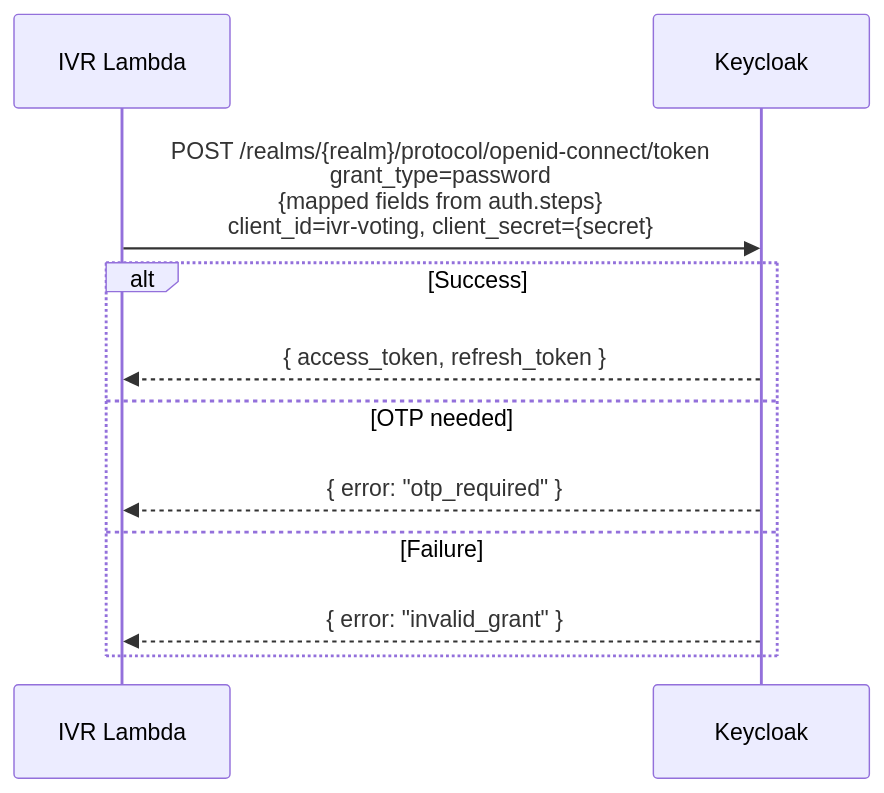
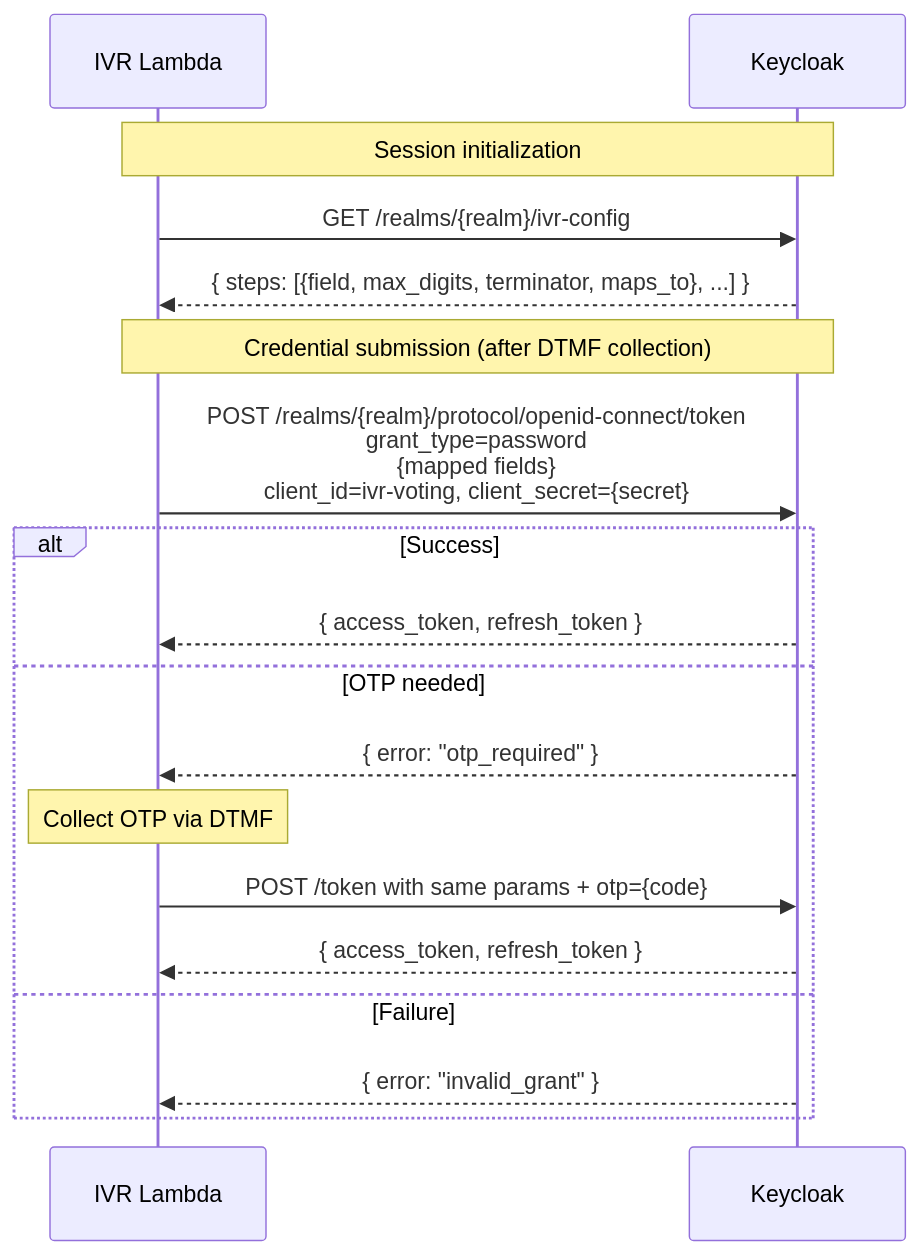
The seventh of 13 diagrams in docs/docusaurus/docs/07-developers/12-ivr/ivr-system-design.md (sequentech/step), drawn with Mermaid before and after one commit. The commit also changed other lines of this file, not shown here.

````diff
--- a/docs/docusaurus/docs/07-developers/12-ivr/ivr-system-design.md
+++ b/docs/docusaurus/docs/07-developers/12-ivr/ivr-system-design.md
@@ -889,14 +1010,22 @@
 ```mermaid
 sequenceDiagram
     participant Lambda as IVR Lambda
     participant KC as Keycloak
 
-    Lambda->>KC: POST /realms/{realm}/protocol/openid-connect/token<br/>grant_type=password<br/>{mapped fields from auth.steps}<br/>client_id=ivr-voting, client_secret={secret}
+    Note over Lambda,KC: Session initialization
+    Lambda->>KC: GET /realms/{realm}/ivr-config
+    KC-->>Lambda: { steps: [{field, max_digits, terminator, maps_to}, ...] }
+
+    Note over Lambda,KC: Credential submission (after DTMF collection)
+    Lambda->>KC: POST /realms/{realm}/protocol/openid-connect/token<br/>grant_type=password<br/>{mapped fields}<br/>client_id=ivr-voting, client_secret={secret}
     alt Success
         KC-->>Lambda: { access_token, refresh_token }
     else OTP needed
         KC-->>Lambda: { error: "otp_required" }
+        Note over Lambda: Collect OTP via DTMF
+        Lambda->>KC: POST /token with same params + otp={code}
+        KC-->>Lambda: { access_token, refresh_token }
     else Failure
         KC-->>Lambda: { error: "invalid_grant" }
     end
 ```
````
